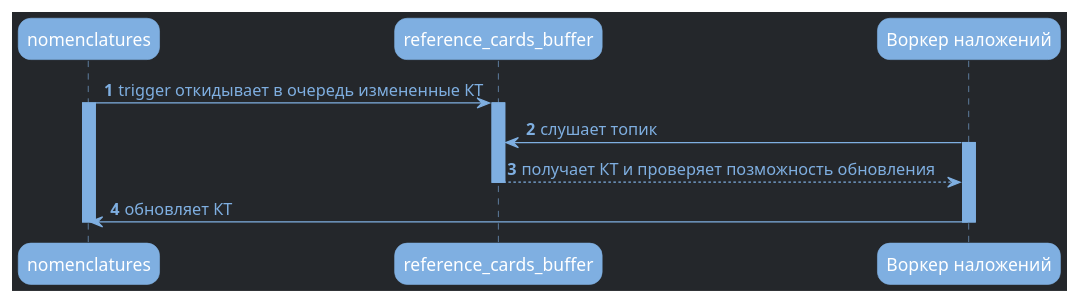
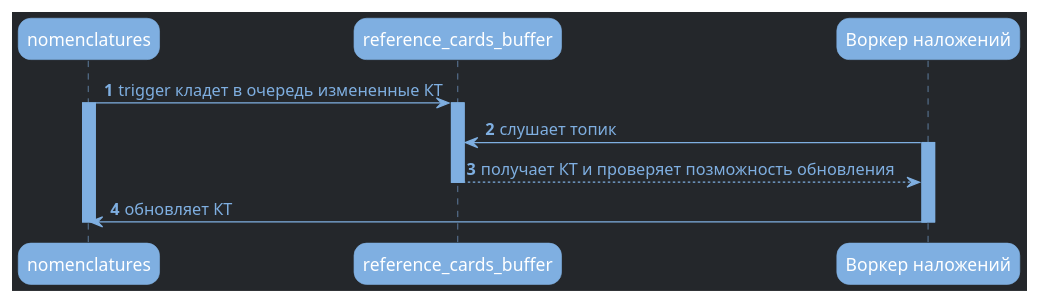
One commit to edfromomsk/mkt changed the diagram in autoUpdate.puml. Above: the diagram before and after it, drawn with PlantUML.

Commit message:
внесены правки

```diff
--- a/autoUpdate.puml
+++ b/autoUpdate.puml
@@ -1,35 +1,35 @@
 @startuml
 skinparam DefaultFontColor #7fafe1
 skinparam BackgroundColor #24272b
 skinparam roundcorner 20
 
 skinparam sequence {
     ArrowColor #7fafe1
     LifeLineBorderColor #7fafe1 
     LifeLineBackgroundColor #7fafe1
     ParticipantBorderColor #7fafe1 
     ParticipantBackgroundColor #7fafe1 
     ParticipantFontColor white
 
     ActorBorderColor #7fafe1 
     ActorBackgroundColor #7fafe1
 }
 autonumber
 
 participant nomenclatures as db
 participant "reference_cards_buffer" as kafka
 participant "Воркер наложений" as worker
 
-db -> kafka: trigger откидывает в очередь измененные КТ
+db -> kafka: trigger кладет в очередь измененные КТ
 activate db
 activate kafka
 worker -> kafka: слушает топик
 activate worker
 kafka --> worker: получает КТ и проверяет позможность обновления
 deactivate kafka
 worker -> db: обновляет КТ
 deactivate db
 deactivate worker
 
 
 @enduml
```
